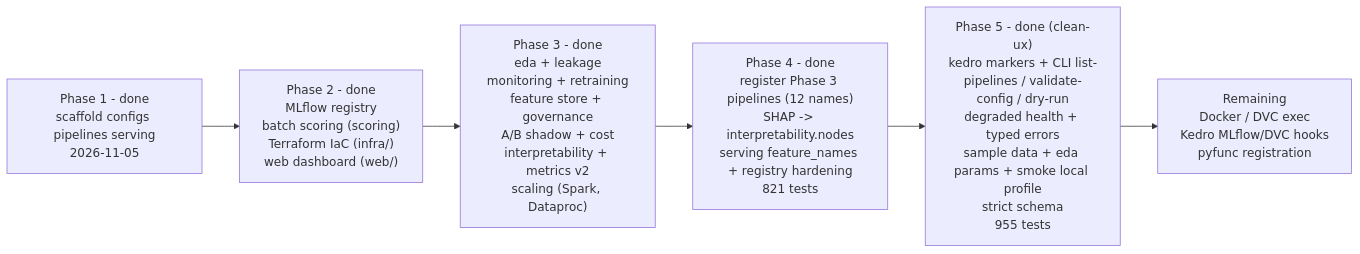
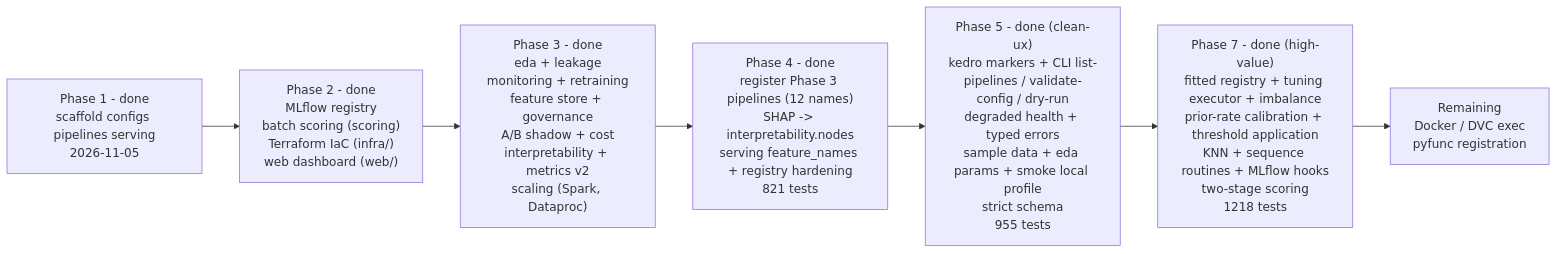
Before and after one commit to ankithaldar/all_projects: the sixth of 6 diagrams in forecast_ml_framework/README.md, drawn with Mermaid. The commit also changed other lines of this file and 45 other files, not shown here.

First line of the commit message:
feat(forecast-ml): phases 5-7 clean UX, metrics parity, high-value + loops to zero

````diff
--- a/forecast_ml_framework/README.md
+++ b/forecast_ml_framework/README.md
@@ -1812,8 +2064,9 @@
 ```mermaid
 flowchart LR
   P1["Phase 1 - done<br/>scaffold configs pipelines serving<br/>2026-11-05"] --> P2["Phase 2 - done<br/>MLflow registry<br/>batch scoring (scoring)<br/>Terraform IaC (infra/)<br/>web dashboard (web/)"]
   P2 --> P3["Phase 3 - done<br/>eda + leakage<br/>monitoring + retraining<br/>feature store + governance<br/>A/B shadow + cost<br/>interpretability + metrics v2<br/>scaling (Spark, Dataproc)"]
   P3 --> P4["Phase 4 - done<br/>register Phase 3 pipelines (12 names)<br/>SHAP -> interpretability.nodes<br/>serving feature_names + registry hardening<br/>821 tests"]
   P4 --> P5["Phase 5 - done (clean-ux)<br/>kedro markers + CLI list-pipelines / validate-config / dry-run<br/>degraded health + typed errors<br/>sample data + eda params + smoke local profile<br/>strict schema<br/>955 tests"]
-  P5 --> REM["Remaining<br/>Docker / DVC exec<br/>Kedro MLflow/DVC hooks<br/>pyfunc registration"]
+  P5 --> P7["Phase 7 - done (high-value)<br/>fitted registry + tuning executor + imbalance<br/>prior-rate calibration + threshold application<br/>KNN + sequence routines + MLflow hooks<br/>two-stage scoring<br/>1218 tests"]
+  P7 --> REM["Remaining<br/>Docker / DVC exec<br/>pyfunc registration"]
 ```
````
